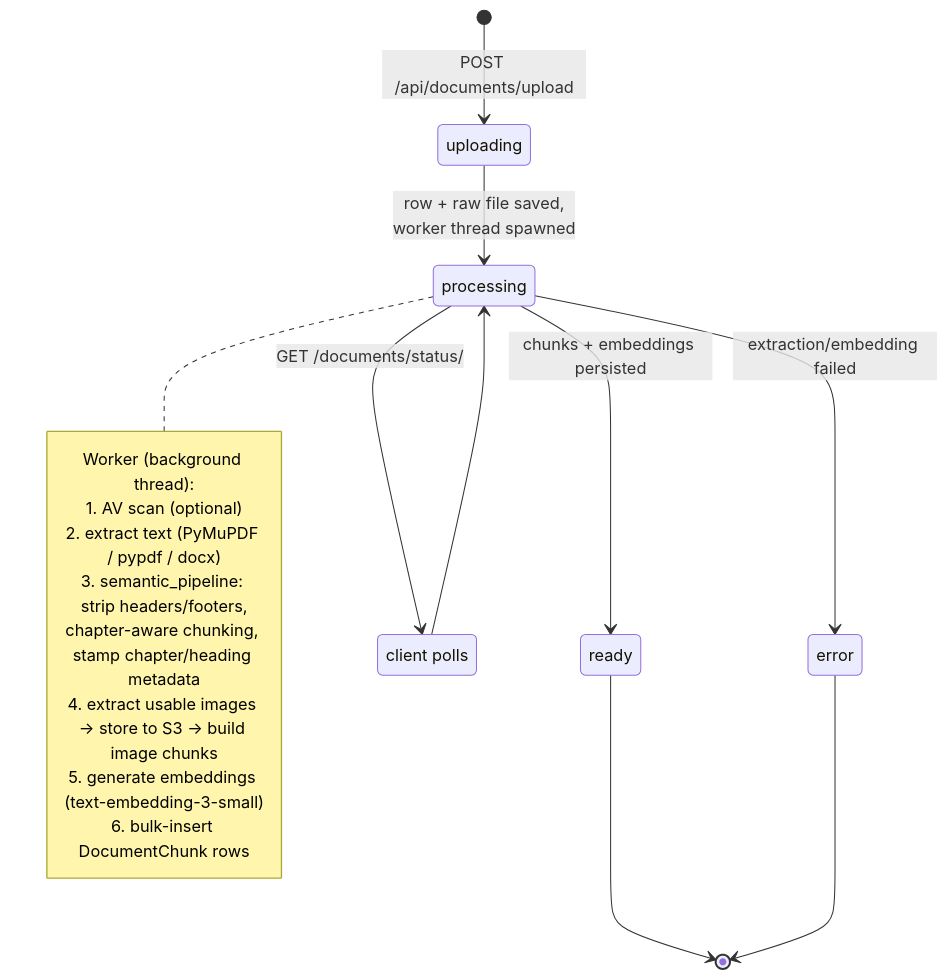
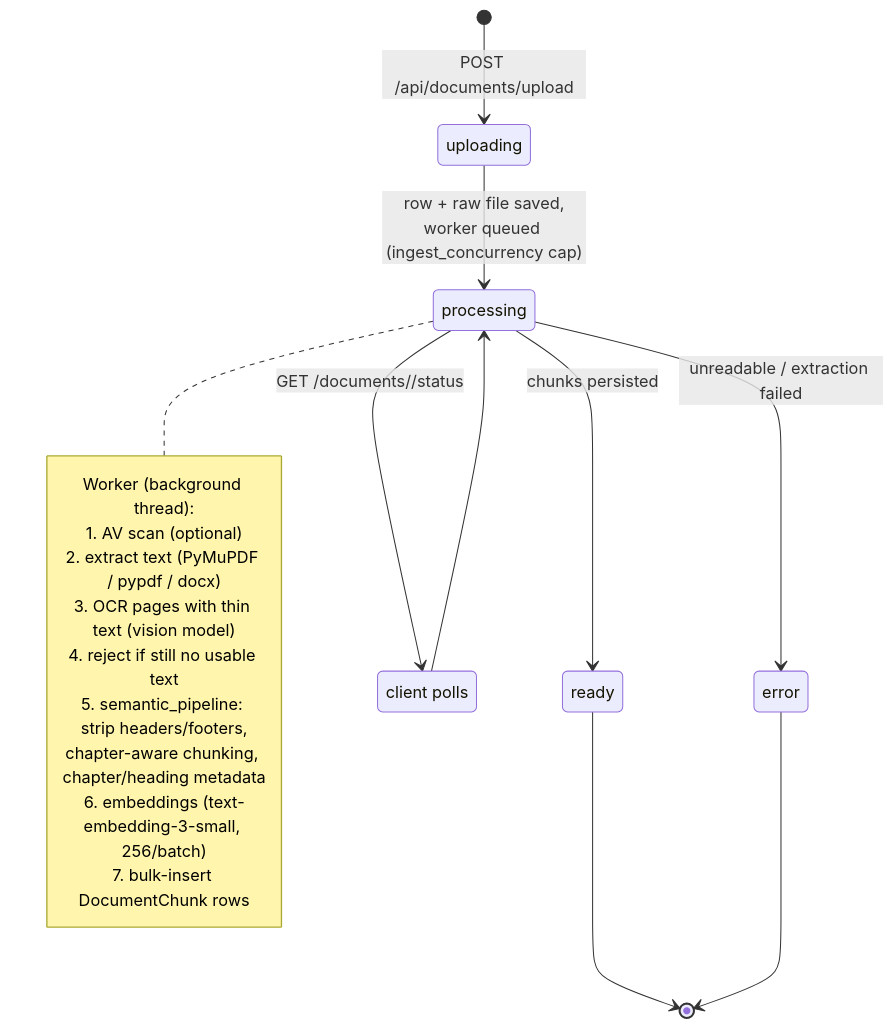
Before and after one commit to Paardhu22/qp-gen: the sixth of 16 diagrams in README.md, drawn with Mermaid. The commit also changed other lines of this file, not shown here.

````diff
--- a/README.md
+++ b/README.md
@@ -508,23 +648,24 @@
 ```mermaid
 stateDiagram-v2
     [*] --> uploading: POST /api/documents/upload
-    uploading --> processing: row + raw file saved,<br/>worker thread spawned
+    uploading --> processing: row + raw file saved,<br/>worker queued (ingest_concurrency cap)
     note right of processing
       Worker (background thread):
       1. AV scan (optional)
       2. extract text (PyMuPDF / pypdf / docx)
-      3. semantic_pipeline: strip headers/footers,
-         chapter-aware chunking, stamp chapter/heading metadata
-      4. extract usable images → store to S3 → build image chunks
-      5. generate embeddings (text-embedding-3-small)
-      6. bulk-insert DocumentChunk rows
+      3. OCR pages with thin text (vision model)
+      4. reject if still no usable text
+      5. semantic_pipeline: strip headers/footers,
+         chapter-aware chunking, chapter/heading metadata
+      6. embeddings (text-embedding-3-small, 256/batch)
+      7. bulk-insert DocumentChunk rows
     end note
-    processing --> ready: chunks + embeddings persisted
-    processing --> error: extraction/embedding failed
+    processing --> ready: chunks persisted
+    processing --> error: unreadable / extraction failed
     ready --> [*]
     error --> [*]
 
     state "client polls" as poll
-    processing --> poll: GET /documents/status/<id>
+    processing --> poll: GET /documents/<id>/status
     poll --> processing
 ```
````
